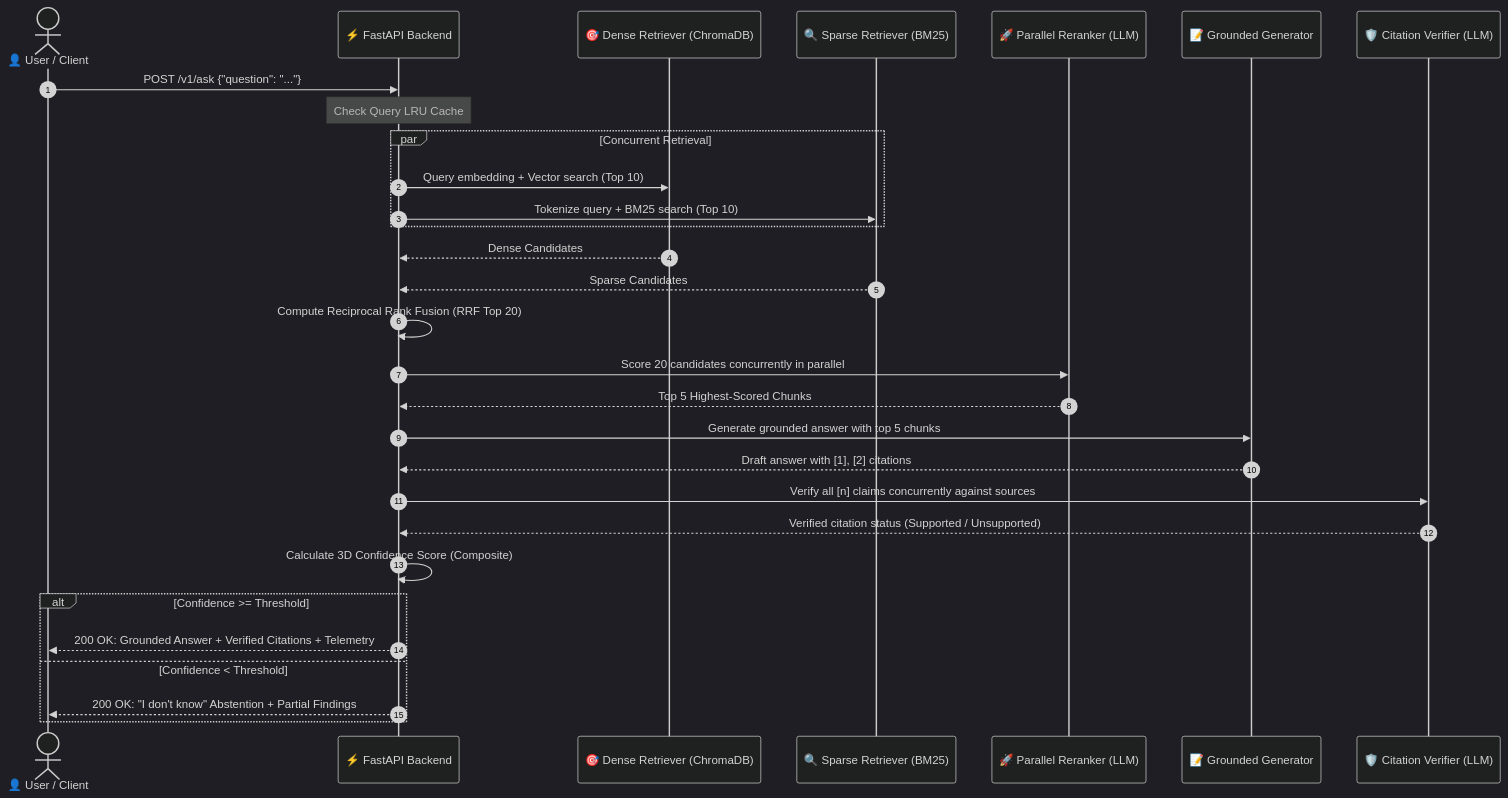
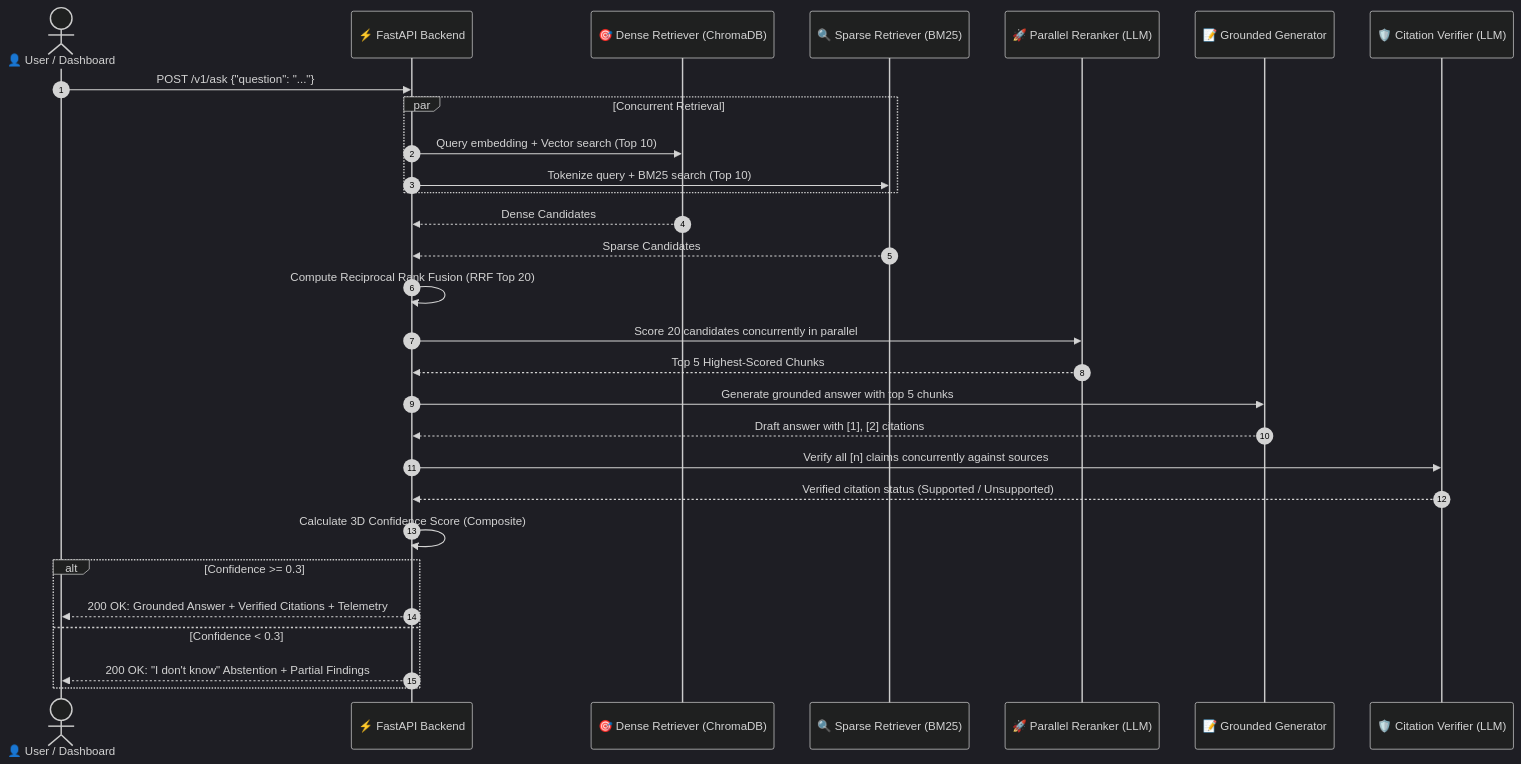
Before and after one commit to Gunjannnn30/RAG-Pipeline-Hybrid-Search: the second of 2 diagrams in README.md, drawn with Mermaid (dark theme). The commit also changed other lines of this file, not shown here.

Commit message:
docs: complete production README with live Cloudflare badge, 10 deep-dive technical interview Q&As, and architecture diagrams

````diff
--- a/README.md
+++ b/README.md
@@ -101,37 +122,36 @@
 ```mermaid
 sequenceDiagram
     autonumber
-    actor User as 👤 User / Client
+    actor User as 👤 User / Dashboard
     participant API as ⚡ FastAPI Backend
     participant Dense as 🎯 Dense Retriever (ChromaDB)
     participant Sparse as 🔍 Sparse Retriever (BM25)
     participant Rerank as 🚀 Parallel Reranker (LLM)
     participant Gen as 📝 Grounded Generator
     participant Verify as 🛡️ Citation Verifier (LLM)
 
     User->>API: POST /v1/ask {"question": "..."}
-    Note over API: Check Query LRU Cache
     par Concurrent Retrieval
         API->>Dense: Query embedding + Vector search (Top 10)
         API->>Sparse: Tokenize query + BM25 search (Top 10)
     end
     Dense-->>API: Dense Candidates
     Sparse-->>API: Sparse Candidates
     API->>API: Compute Reciprocal Rank Fusion (RRF Top 20)
     
     API->>Rerank: Score 20 candidates concurrently in parallel
     Rerank-->>API: Top 5 Highest-Scored Chunks
     
     API->>Gen: Generate grounded answer with top 5 chunks
     Gen-->>API: Draft answer with [1], [2] citations
     
     API->>Verify: Verify all [n] claims concurrently against sources
     Verify-->>API: Verified citation status (Supported / Unsupported)
     
     API->>API: Calculate 3D Confidence Score (Composite)
-    alt Confidence >= Threshold
+    alt Confidence >= 0.3
         API-->>User: 200 OK: Grounded Answer + Verified Citations + Telemetry
-    else Confidence < Threshold
+    else Confidence < 0.3
         API-->>User: 200 OK: "I don't know" Abstention + Partial Findings
     end
 ```
````
